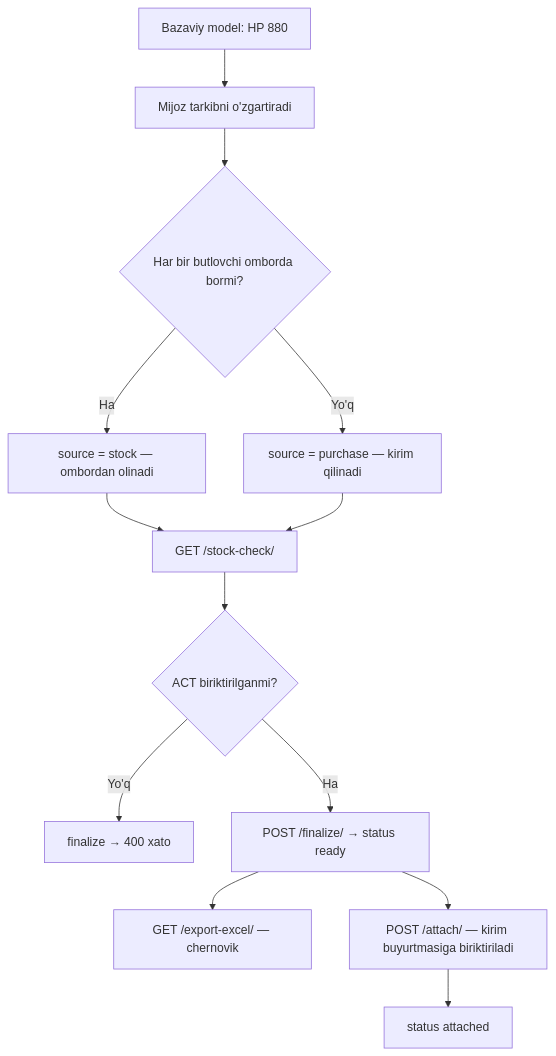
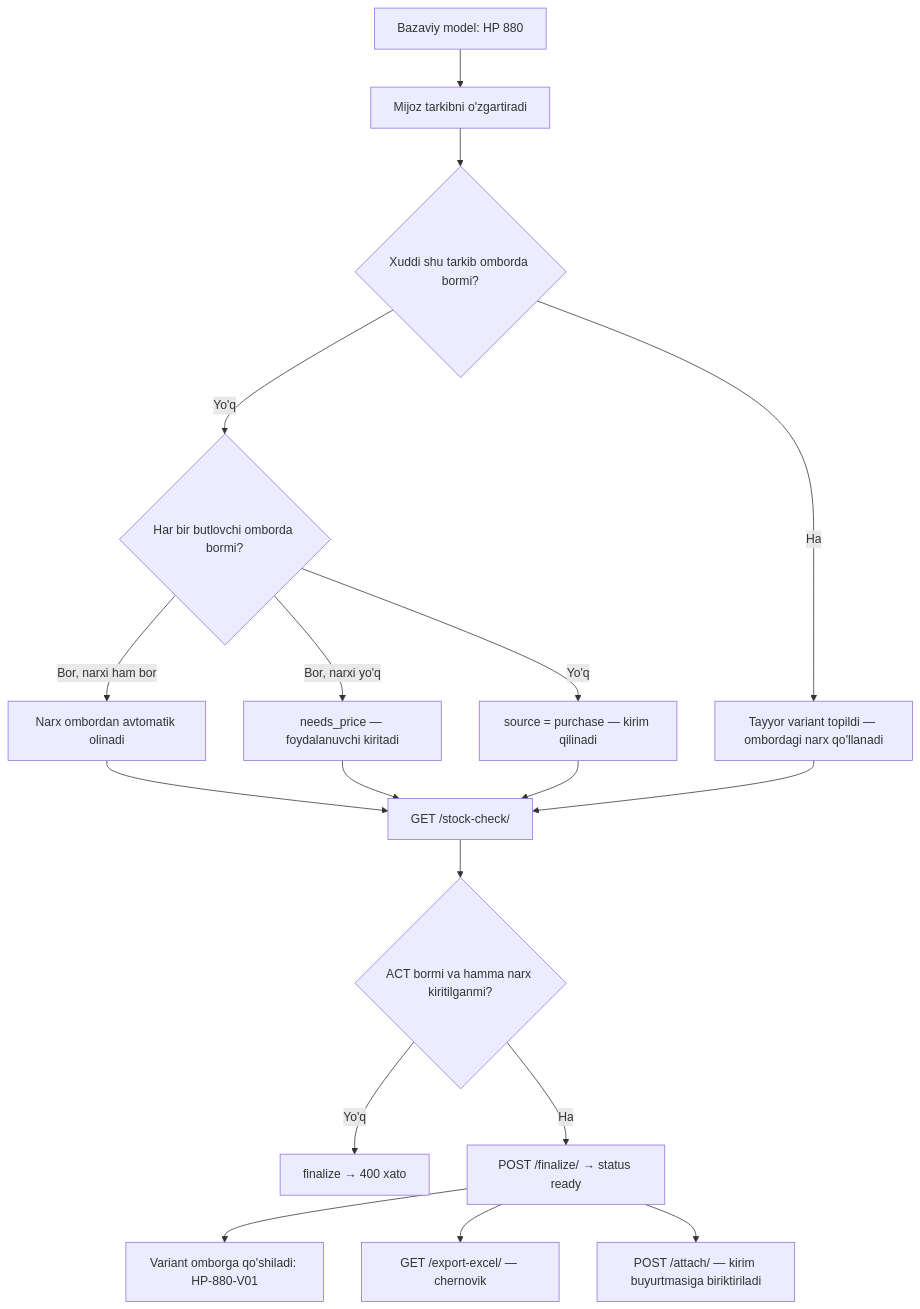
Before and after one commit to krv006/Warehouse-CRM_V2: the third of 6 diagrams in docs/06-WORKFLOWS.md, drawn with Mermaid. The commit also changed other lines of this file and 58 other files, not shown here.

````diff
--- a/docs/06-WORKFLOWS.md
+++ b/docs/06-WORKFLOWS.md
@@ -51,15 +92,20 @@
 ```mermaid
 flowchart TD
     A[Bazaviy model: HP 880] --> B[Mijoz tarkibni o'zgartiradi]
-    B --> C{Har bir butlovchi omborda bormi?}
-    C -->|Ha| D[source = stock — ombordan olinadi]
+    B --> S{Xuddi shu tarkib omborda bormi?}
+    S -->|Ha| S1[Tayyor variant topildi — ombordagi narx qo'llanadi]
+    S -->|Yo'q| C{Har bir butlovchi omborda bormi?}
+    C -->|Bor, narxi ham bor| D[Narx ombordan avtomatik olinadi]
+    C -->|Bor, narxi yo'q| P[needs_price — foydalanuvchi kiritadi]
     C -->|Yo'q| E[source = purchase — kirim qilinadi]
     D --> F[GET /stock-check/]
+    P --> F
     E --> F
-    F --> G{ACT biriktirilganmi?}
+    S1 --> F
+    F --> G{ACT bormi va hamma narx kiritilganmi?}
     G -->|Yo'q| H[finalize → 400 xato]
     G -->|Ha| I[POST /finalize/ → status ready]
+    I --> V[Variant omborga qo'shiladi: HP-880-V01]
     I --> J[GET /export-excel/ — chernovik]
     I --> K[POST /attach/ — kirim buyurtmasiga biriktiriladi]
-    K --> L[status attached]
 ```
````
